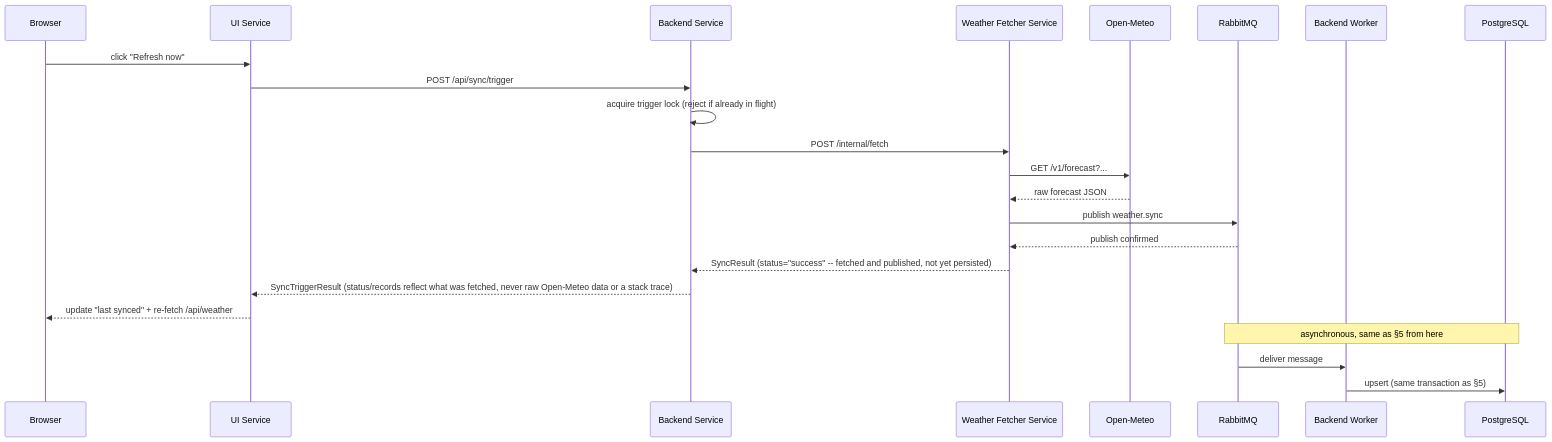
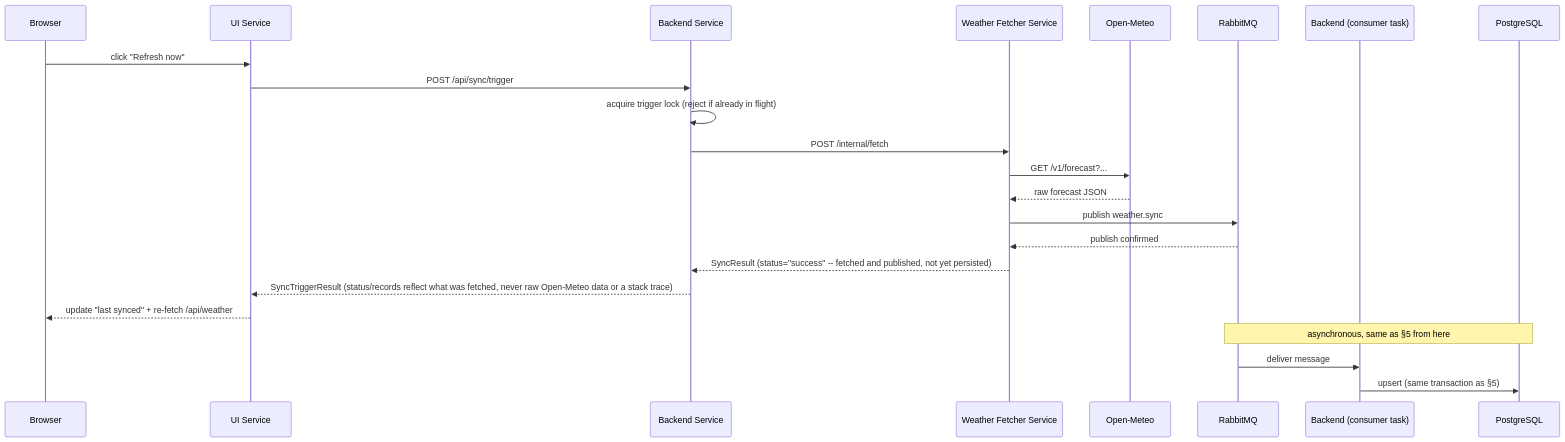
Before and after one commit to ua-academy-projects/push-and-pray: the fourth of 4 diagrams in docs/architecture.md, drawn with Mermaid. The commit also changed other lines of this file and 31 other files, not shown here.

````diff
--- a/docs/architecture.md
+++ b/docs/architecture.md
@@ -132,26 +131,26 @@
 ```mermaid
 sequenceDiagram
     participant U as Browser
     participant UI as UI Service
     participant B as Backend Service
     participant F as Weather Fetcher Service
     participant O as Open-Meteo
     participant Q as RabbitMQ
-    participant W as Backend Worker
+    participant W as Backend (consumer task)
     participant P as PostgreSQL
 
     U->>UI: click "Refresh now"
     UI->>B: POST /api/sync/trigger
     B->>B: acquire trigger lock (reject if already in flight)
     B->>F: POST /internal/fetch
     F->>O: GET /v1/forecast?...
     O-->>F: raw forecast JSON
     F->>Q: publish weather.sync
     Q-->>F: publish confirmed
     F-->>B: SyncResult (status="success" -- fetched and published, not yet persisted)
     B-->>UI: SyncTriggerResult (status/records reflect what was fetched, never raw Open-Meteo data or a stack trace)
     UI-->>U: update "last synced" + re-fetch /api/weather
     Note over Q,P: asynchronous, same as §5 from here
     Q->>W: deliver message
     W->>P: upsert (same transaction as §5)
 ```
````
